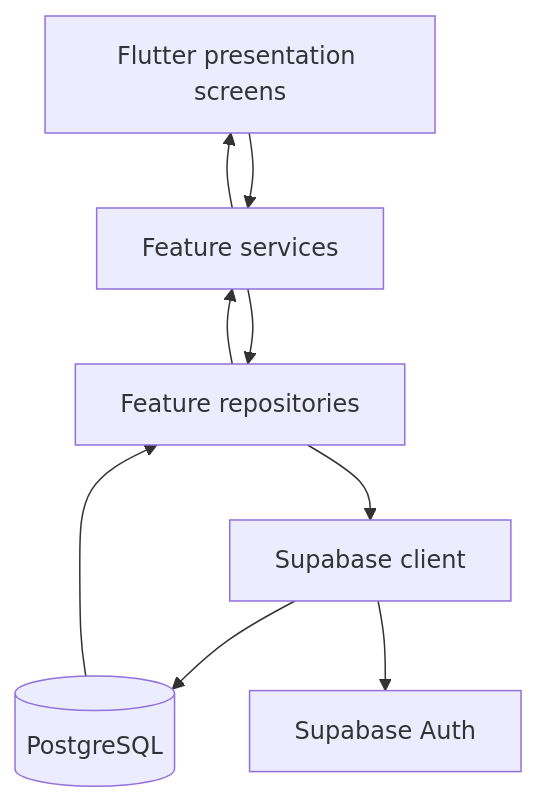
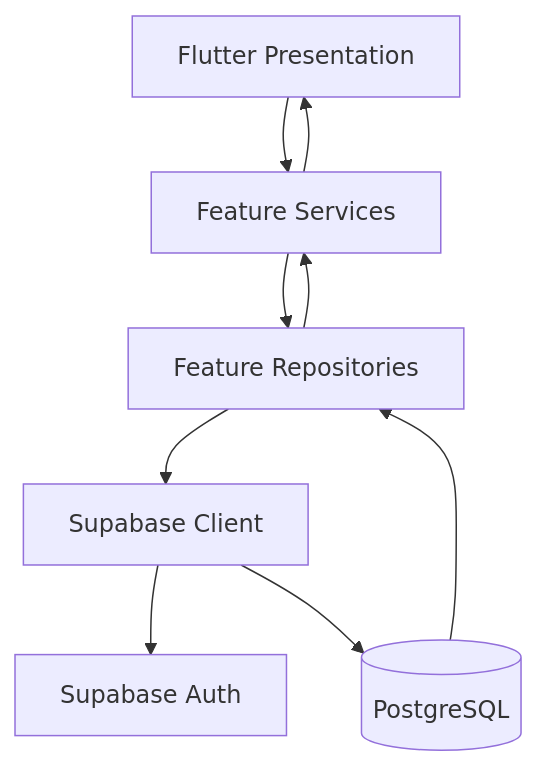
The first of 2 diagrams in docs/ARCHITECTURE.md (QuantumCodr/shopflow-mobile), drawn with Mermaid before and after one commit. The commit also changed other lines of this file, not shown here.

Commit message:
docs: update ShopFlow architecture

````diff
--- a/docs/ARCHITECTURE.md
+++ b/docs/ARCHITECTURE.md
@@ -9,11 +17,11 @@
 ```mermaid
 flowchart TD
-    UI[Flutter presentation screens] --> S[Feature services]
-    S --> R[Feature repositories]
-    R --> SB[Supabase client]
-    SB --> PG[(PostgreSQL)]
+    UI[Flutter Presentation] --> S[Feature Services]
+    S --> R[Feature Repositories]
+    R --> SB[Supabase Client]
     SB --> AUTH[Supabase Auth]
-    PG --> R
+    SB --> DB[(PostgreSQL)]
+    DB --> R
     R --> S
     S --> UI
 ```
````
